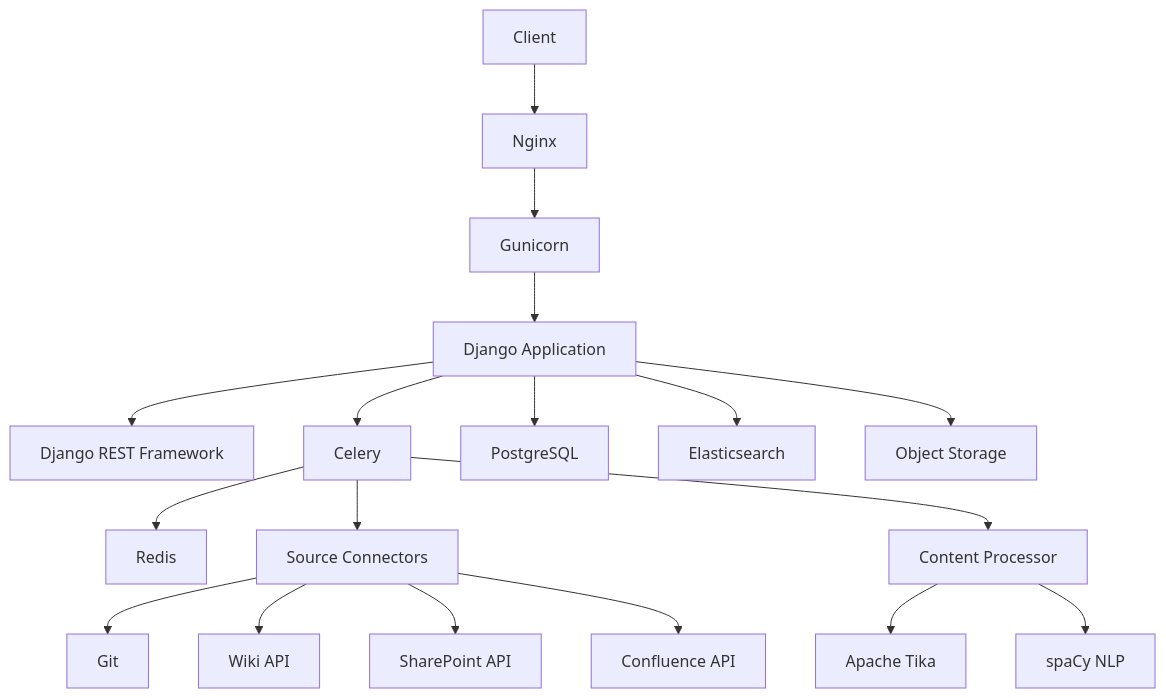
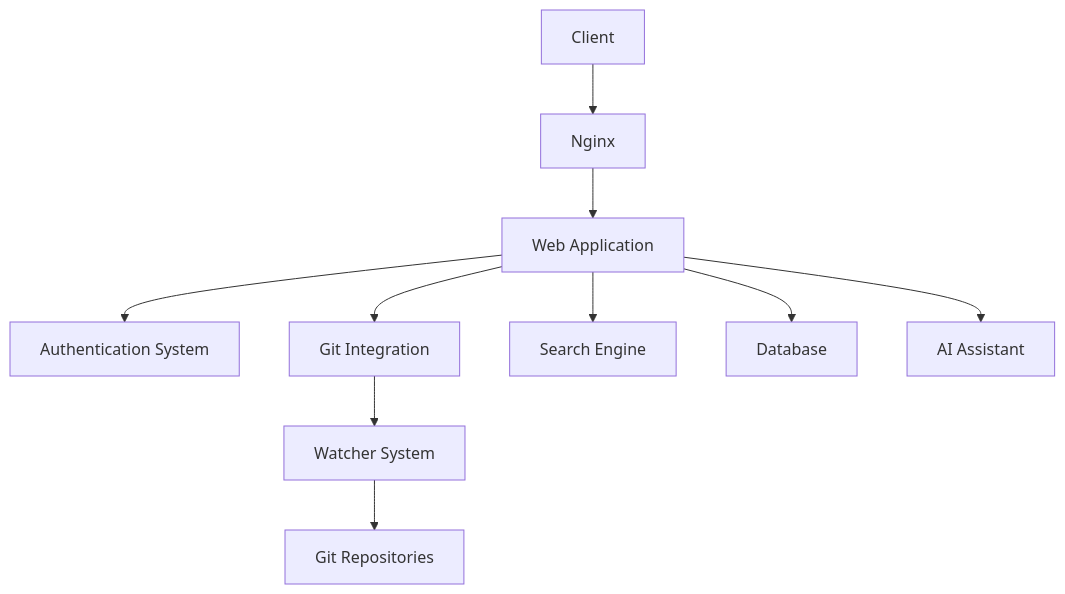
The diagram in profile/README.md (argonis-platform/.github), drawn with Mermaid before and after one commit. The commit also changed other lines of this file, not shown here.

````diff
--- a/profile/README.md
+++ b/profile/README.md
@@ -30,20 +29,12 @@
 ```mermaid
 graph TD
     A[Client] --> B[Nginx]
-    B --> C[Gunicorn]
-    C --> D[Django Application]
-    D --> E[Django REST Framework]
-    D --> F[Celery]
-    F --> G[Redis]
-    D --> H[PostgreSQL]
-    D --> I[Elasticsearch]
-    F --> J[Source Connectors]
-    J --> K[Git]
-    J --> L[Wiki API]
-    J --> M[SharePoint API]
-    J --> N[Confluence API]
-    F --> O[Content Processor]
-    O --> P[Apache Tika]
-    O --> Q[spaCy NLP]
-    D --> R[Object Storage]
+    B --> C[Web Application]
+    C --> D[Authentication System]
+    C --> E[Git Integration]
+    C --> F[Search Engine]
+    C --> G[Database]
+    C --> H[AI Assistant]
+    E --> I[Watcher System]
+    I --> J[Git Repositories]
 ```
````
